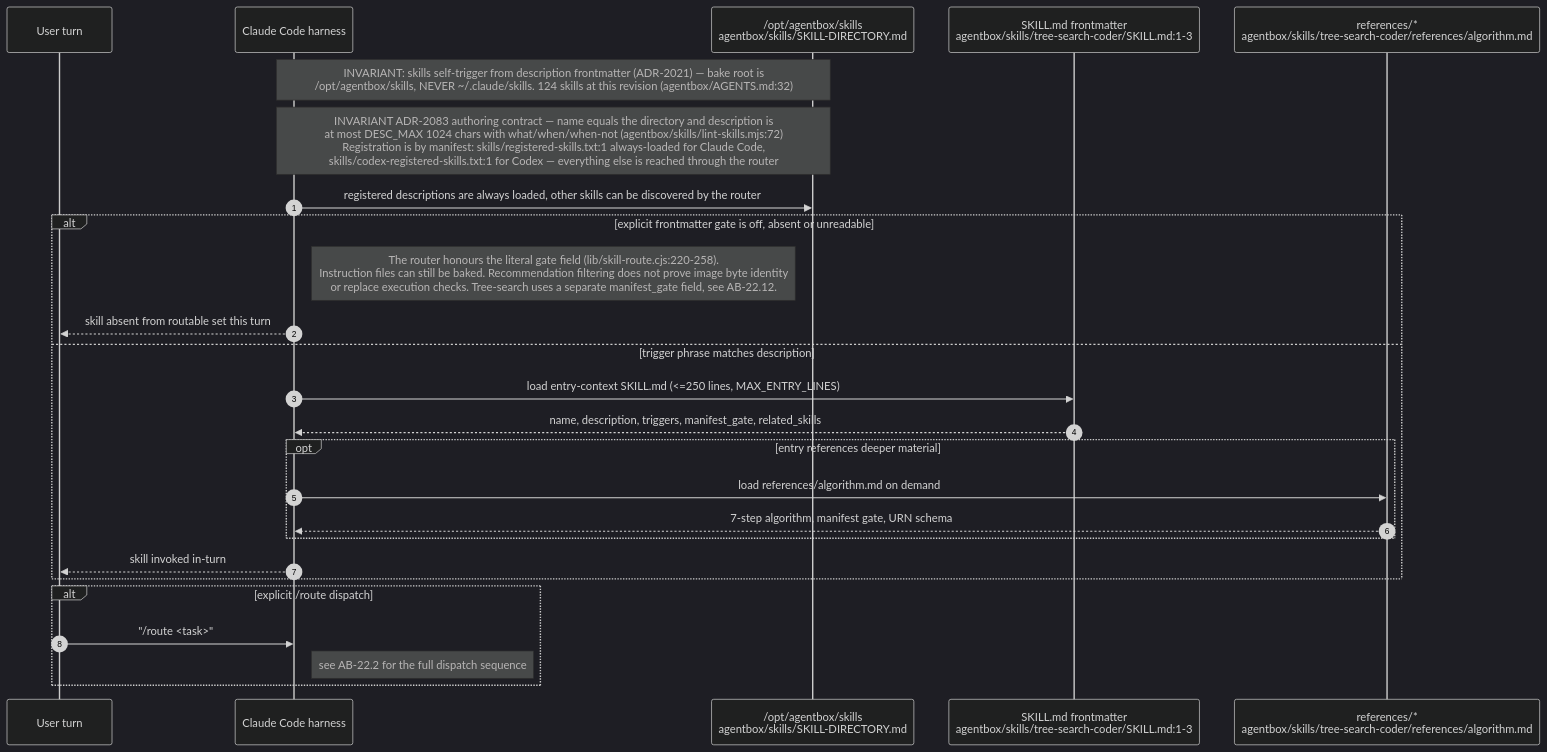
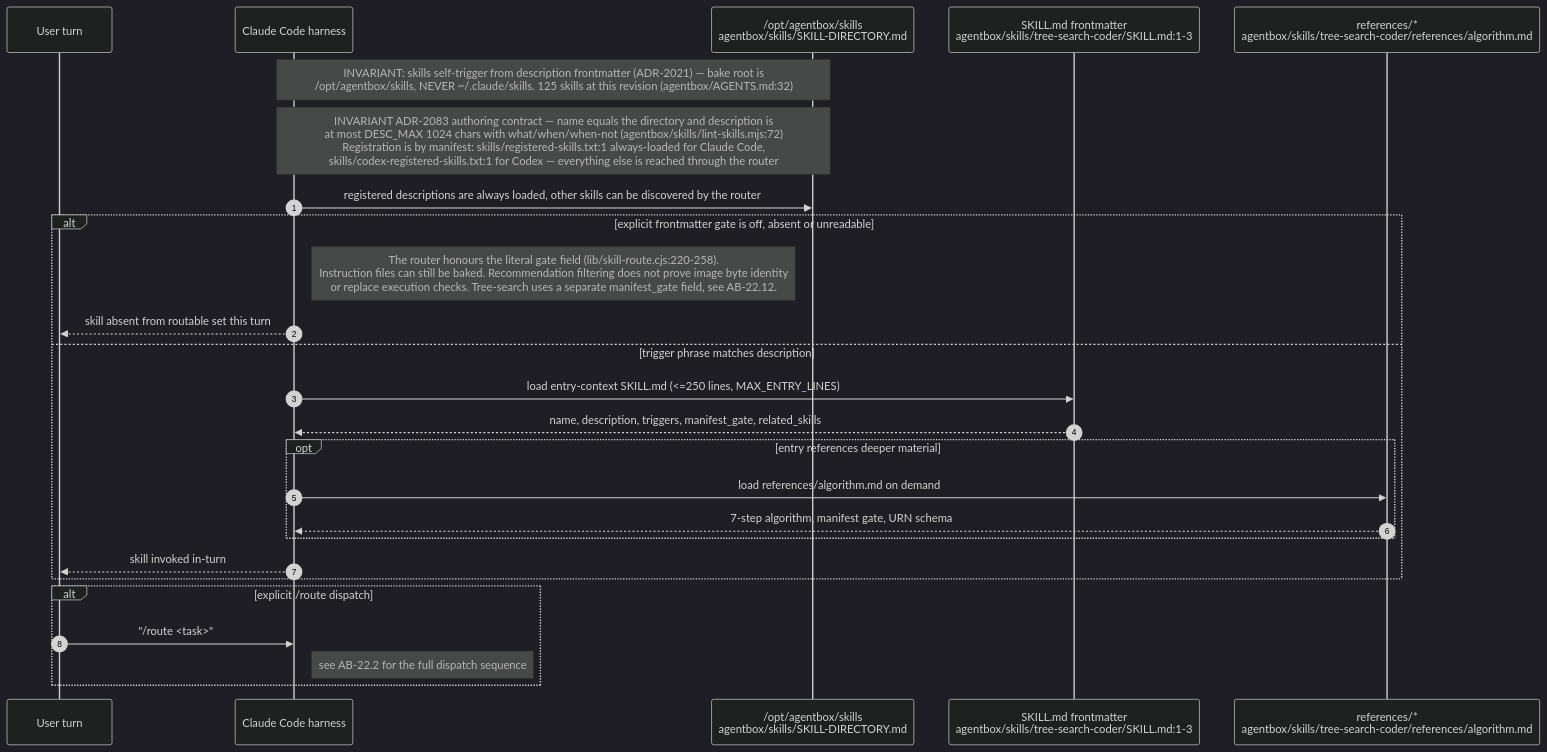
One commit to DreamLab-AI/VisionFlow changed the first of 12 diagrams in docs/diagrams/agentbox/22-skills-and-routing.md. Above: the diagram before and after it, drawn with Mermaid (dark theme). The commit also changed other lines of this file and 70 other files, not shown here.

First line of the commit message:
docs(diagrams): re-verify 69 topics at current default-branch heads

````diff
--- a/docs/diagrams/agentbox/22-skills-and-routing.md
+++ b/docs/diagrams/agentbox/22-skills-and-routing.md
@@ -69,29 +69,29 @@
 ```mermaid
 sequenceDiagram
     autonumber
     participant U as User turn
     participant H as Claude Code harness
     participant FS as /opt/agentbox/skills<br/>agentbox/skills/SKILL-DIRECTORY.md
     participant SK as SKILL.md frontmatter<br/>agentbox/skills/tree-search-coder/SKILL.md:1-3
     participant REF as references/*<br/>agentbox/skills/tree-search-coder/references/algorithm.md
 
-    Note over H,FS: INVARIANT: skills self-trigger from description frontmatter (ADR-2021) — bake root is<br/>/opt/agentbox/skills, NEVER ~/.claude/skills. 124 skills at this revision (agentbox/AGENTS.md:32)
+    Note over H,FS: INVARIANT: skills self-trigger from description frontmatter (ADR-2021) — bake root is<br/>/opt/agentbox/skills, NEVER ~/.claude/skills. 125 skills at this revision (agentbox/AGENTS.md:32)
     Note over H,FS: INVARIANT ADR-2083 authoring contract — name equals the directory and description is<br/>at most DESC_MAX 1024 chars with what/when/when-not (agentbox/skills/lint-skills.mjs:72)<br/>Registration is by manifest: skills/registered-skills.txt:1 always-loaded for Claude Code,<br/>skills/codex-registered-skills.txt:1 for Codex — everything else is reached through the router
     H->>FS: registered descriptions are always loaded, other skills can be discovered by the router
     alt explicit frontmatter gate is off, absent or unreadable
         Note right of H: The router honours the literal gate field (lib/skill-route.cjs:220-258).<br/>Instruction files can still be baked. Recommendation filtering does not prove image byte identity<br/>or replace execution checks. Tree-search uses a separate manifest_gate field, see AB-22.12.
         H-->>U: skill absent from routable set this turn
     else trigger phrase matches description
         H->>SK: load entry-context SKILL.md (<=250 lines, MAX_ENTRY_LINES)
         SK-->>H: name, description, triggers, manifest_gate, related_skills
         opt entry references deeper material
             H->>REF: load references/algorithm.md on demand
             REF-->>H: 7-step algorithm, manifest gate, URN schema
         end
         H-->>U: skill invoked in-turn
     end
     alt explicit /route dispatch
         U->>H: "/route <task>"
         Note right of H: see AB-22.2 for the full dispatch sequence
     end
 ```
````
